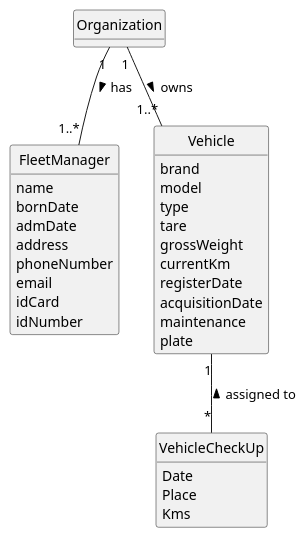
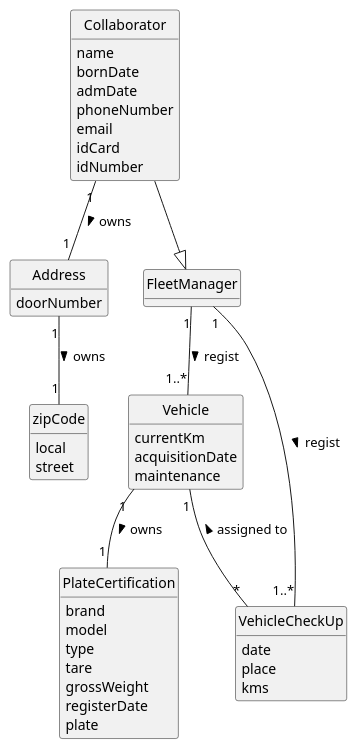
One commit to 1231360-ISEP/lei-24-s2-1db-g021 changed the diagram in docs/sprint2/us008/02.analysis/puml/us008-domain-model.puml. Above: the diagram before and after it, drawn with PlantUML. The commit also changed 13 other files, not shown here.

Commit message:
Update Analysis OO - Domain Model and SVG´s

```diff
--- a/docs/sprint2/us008/02.analysis/puml/us008-domain-model.puml
+++ b/docs/sprint2/us008/02.analysis/puml/us008-domain-model.puml
@@ -1,51 +1,62 @@
 @startuml
 skinparam monochrome true
 skinparam packageStyle rectangle
 skinparam shadowing false
-
-'left to right direction
 
 skinparam classAttributeIconSize 0
 
 hide circle
 hide methods
 
-'title Domain Model
-
-class Organization {
-}
-
-class FleetManager {
+class Collaborator {
     name
     bornDate
     admDate
-    address
     phoneNumber
     email
     idCard
     idNumber
 }
 
+class Address {
+    doorNumber
+}
+
+class zipCode {
+    local
+    street
+}
+
+class FleetManager {}
+
 class Vehicle {
+    currentKm
+    acquisitionDate
+    maintenance
+}
+
+class PlateCertification{
     brand
     model
     type
     tare
     grossWeight
-    currentKm
     registerDate
-    acquisitionDate
-    maintenance
     plate
 }
 
 class VehicleCheckUp {
-    Date
-    Place
-    Kms
+    date
+    place
+    kms
 }
 
-Organization "1" -- "1..*" FleetManager : has >
-Organization "1" -- "1..*" Vehicle : owns >
+Collaborator --|> FleetManager
+FleetManager "1" -- "1..*" Vehicle : regist >
+Vehicle "1" -- "1" PlateCertification : owns >
+Collaborator "1" -- "1" Address: owns >
+Address "1" -- "1" zipCode : owns >
+FleetManager "1" -- "1..*" VehicleCheckUp : regist >
 Vehicle "1" -- "*" VehicleCheckUp : assigned to <
+
 @enduml
```
